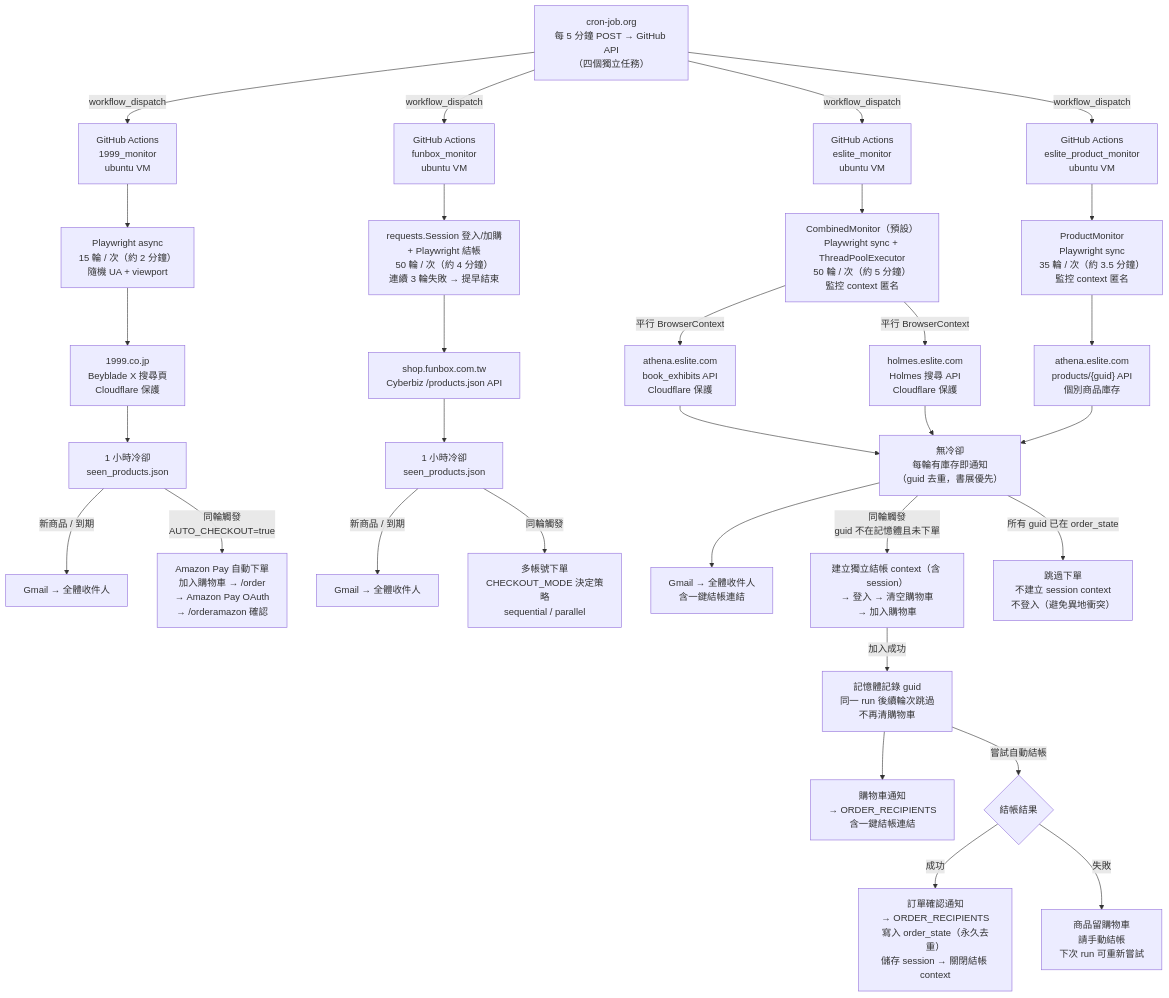
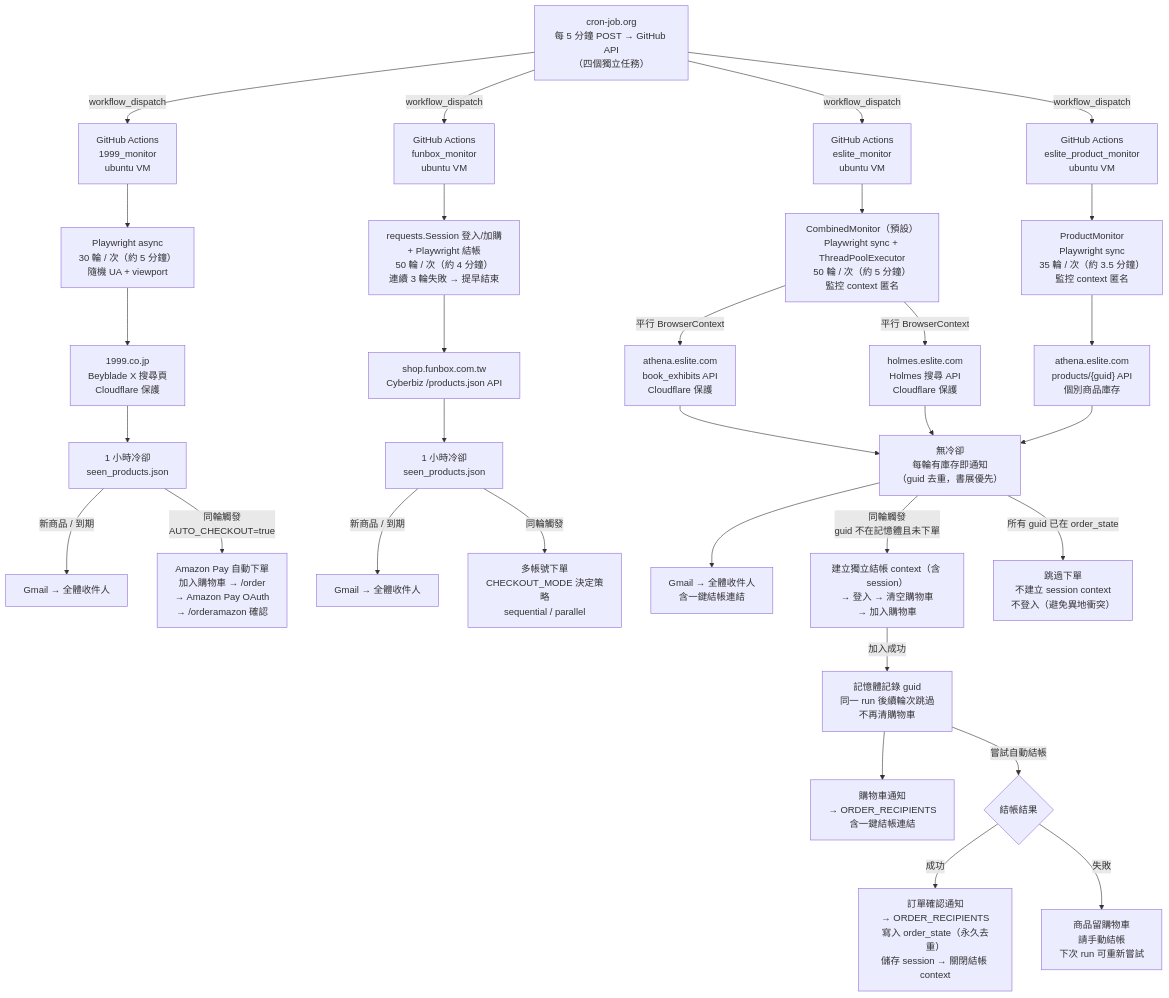
One commit to k0341055/beyblade-funbox-monitor changed the diagram in README.md. Above: the diagram before and after it, drawn with Mermaid. The commit also changed other lines of this file and 3 other files, not shown here.

````diff
--- a/README.md
+++ b/README.md
@@ -16,41 +16,41 @@
 ```mermaid
 flowchart TD
     CRON["cron-job.org\n每 5 分鐘 POST → GitHub API\n（四個獨立任務）"]
 
     CRON -->|workflow_dispatch| GA1["GitHub Actions\n1999_monitor\nubuntu VM"]
     CRON -->|workflow_dispatch| GA2["GitHub Actions\nfunbox_monitor\nubuntu VM"]
     CRON -->|workflow_dispatch| GA3["GitHub Actions\neslite_monitor\nubuntu VM"]
     CRON -->|workflow_dispatch| GA4["GitHub Actions\neslite_product_monitor\nubuntu VM"]
 
-    GA1 --> PW1["Playwright async\n15 輪 / 次（約 2 分鐘）\n隨機 UA + viewport"]
+    GA1 --> PW1["Playwright async\n30 輪 / 次（約 5 分鐘）\n隨機 UA + viewport"]
     GA2 --> REQ["requests.Session 登入/加購\n+ Playwright 結帳\n50 輪 / 次（約 4 分鐘）\n連續 3 輪失敗 → 提早結束"]
     GA3 --> PW3["CombinedMonitor（預設）\nPlaywright sync + ThreadPoolExecutor\n50 輪 / 次（約 5 分鐘）\n監控 context 匿名"]
     GA4 --> PW4["ProductMonitor\nPlaywright sync\n35 輪 / 次（約 3.5 分鐘）\n監控 context 匿名"]
 
     PW1 --> SITE1["1999.co.jp\nBeyblade X 搜尋頁\nCloudflare 保護"]
     REQ --> SITE2["shop.funbox.com.tw\nCyberbiz /products.json API"]
     PW3 -->|平行 BrowserContext| SITE3A["athena.eslite.com\nbook_exhibits API\nCloudflare 保護"]
     PW3 -->|平行 BrowserContext| SITE3B["holmes.eslite.com\nHolmes 搜尋 API\nCloudflare 保護"]
     PW4 --> SITE4["athena.eslite.com\nproducts/{guid} API\n個別商品庫存"]
 
     SITE1 --> COOL1["1 小時冷卻\nseen_products.json"]
     SITE2 --> COOL2["1 小時冷卻\nseen_products.json"]
     SITE3A --> NOCD["無冷卻\n每輪有庫存即通知\n（guid 去重，書展優先）"]
     SITE3B --> NOCD
     SITE4 --> NOCD
 
     COOL1 -->|新商品 / 到期| MAIL1["Gmail → 全體收件人"]
     COOL1 -->|同輪觸發\nAUTO_CHECKOUT=true| BUY1["Amazon Pay 自動下單\n加入購物車 → /order\n→ Amazon Pay OAuth\n→ /orderamazon 確認"]
     COOL2 -->|新商品 / 到期| MAIL2["Gmail → 全體收件人"]
     NOCD --> MAIL3["Gmail → 全體收件人\n含一鍵結帳連結"]
 
     COOL2 -->|同輪觸發| BUY["多帳號下單\nCHECKOUT_MODE 決定策略\nsequential / parallel"]
     NOCD -->|同輪觸發\nguid 不在記憶體且未下單| ECART["建立獨立結帳 context（含 session）\n→ 登入 → 清空購物車\n→ 加入購物車"]
     NOCD -->|所有 guid 已在 order_state| SKIP["跳過下單\n不建立 session context\n不登入（避免異地衝突）"]
 
     ECART -->|加入成功| CPEND["記憶體記錄 guid\n同一 run 後續輪次跳過\n不再清購物車"]
     CPEND --> CNOTIF["購物車通知\n→ ORDER_RECIPIENTS\n含一鍵結帳連結"]
     CPEND -->|嘗試自動結帳| CHECKOUT{"結帳結果"}
     CHECKOUT -->|成功| ONOTIF["訂單確認通知\n→ ORDER_RECIPIENTS\n寫入 order_state（永久去重）\n儲存 session → 關閉結帳 context"]
     CHECKOUT -->|失敗| MANUAL["商品留購物車\n請手動結帳\n下次 run 可重新嘗試"]
 ```
````
